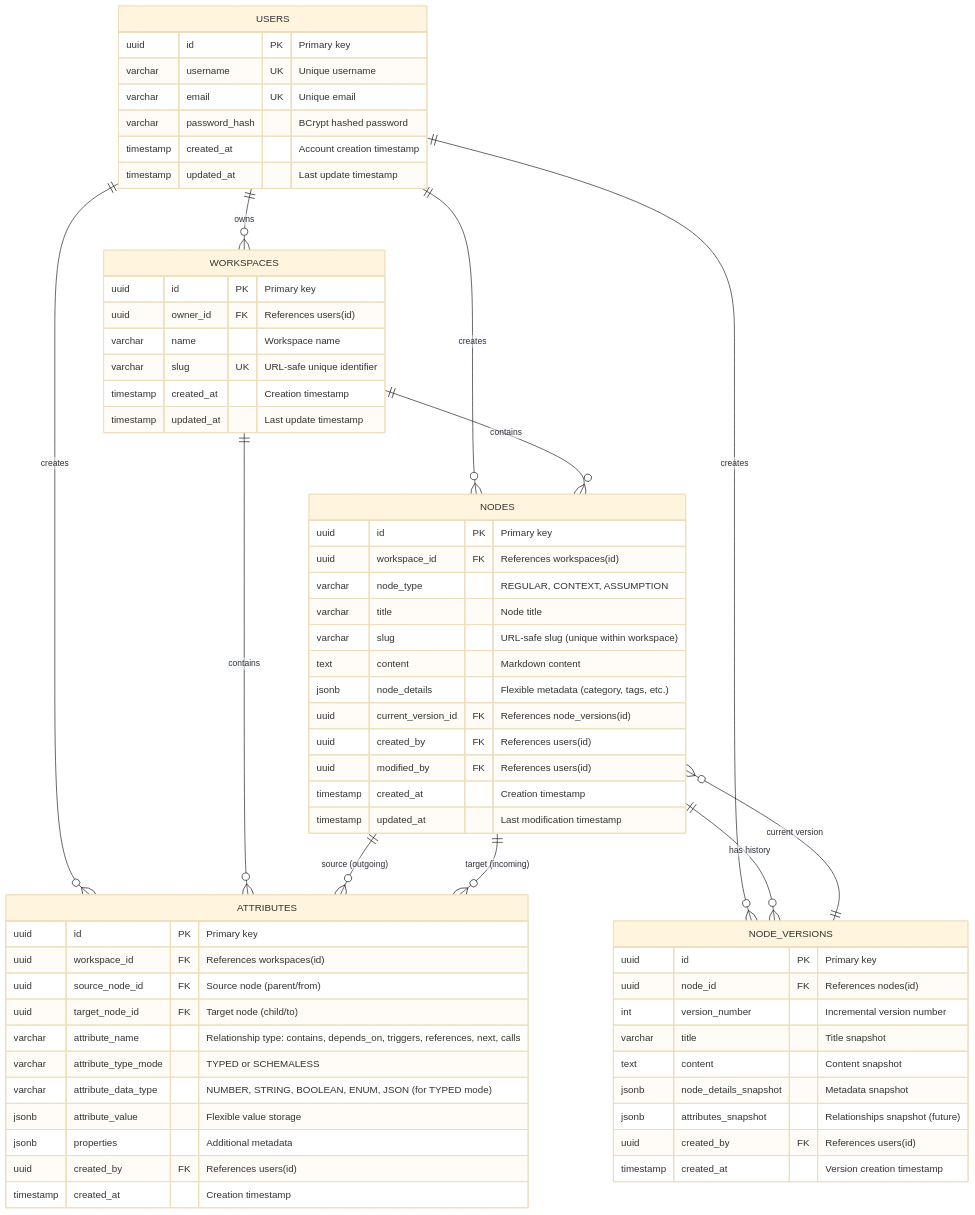
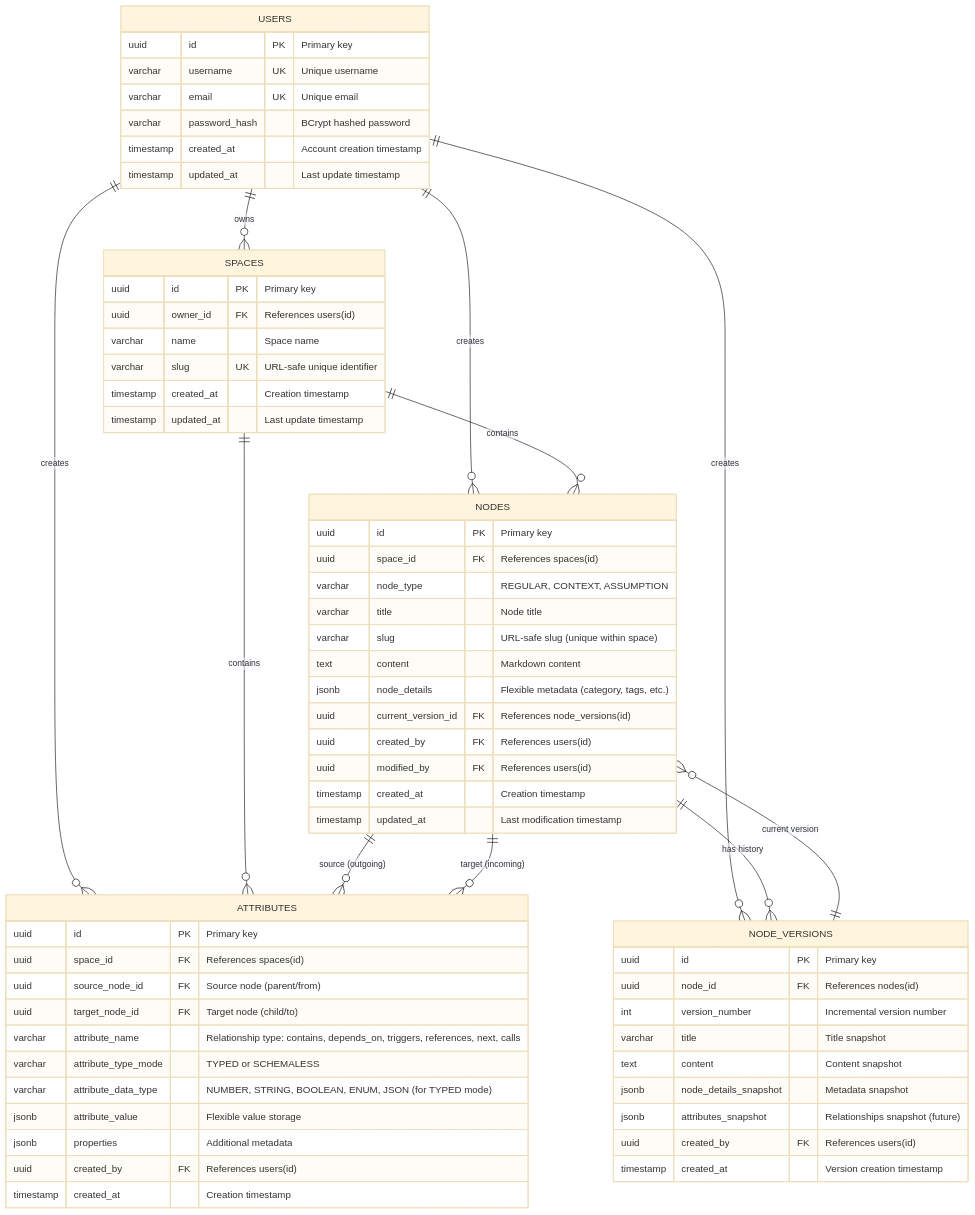
One commit to ProductMasterz/Mujarrad-Frontend changed the diagram in Technical Docs/Database_Schema_v1.mermaid. Above: the diagram before and after it, drawn with Mermaid (base theme). The commit also changed other lines of this file and 10 other files, not shown here.

First line of the commit message:
refactor: complete workspace→space terminology update in all documentation

```diff
--- a/Technical Docs/Database_Schema_v1.mermaid
+++ b/Technical Docs/Database_Schema_v1.mermaid
@@ -3,13 +3,13 @@
     %% Mujarrad Database Schema v1.0.0
     %% Constitutional Principles: Node Supremacy, Relationship-Driven Structure
 
-    USERS ||--o{ WORKSPACES : owns
+    USERS ||--o{ SPACES : owns
     USERS ||--o{ NODES : creates
     USERS ||--o{ ATTRIBUTES : creates
     USERS ||--o{ NODE_VERSIONS : creates
 
-    WORKSPACES ||--o{ NODES : contains
-    WORKSPACES ||--o{ ATTRIBUTES : contains
+    SPACES ||--o{ NODES : contains
+    SPACES ||--o{ ATTRIBUTES : contains
 
     NODES ||--o{ ATTRIBUTES : "source (outgoing)"
     NODES ||--o{ ATTRIBUTES : "target (incoming)"
@@ -25,10 +25,10 @@
         timestamp updated_at "Last update timestamp"
     }
 
-    WORKSPACES {
+    SPACES {
         uuid id PK "Primary key"
         uuid owner_id FK "References users(id)"
-        varchar name "Workspace name"
+        varchar name "Space name"
         varchar slug UK "URL-safe unique identifier"
         timestamp created_at "Creation timestamp"
         timestamp updated_at "Last update timestamp"
@@ -36,10 +36,10 @@
 
     NODES {
         uuid id PK "Primary key"
-        uuid workspace_id FK "References workspaces(id)"
+        uuid space_id FK "References spaces(id)"
         varchar node_type "REGULAR, CONTEXT, ASSUMPTION"
         varchar title "Node title"
-        varchar slug "URL-safe slug (unique within workspace)"
+        varchar slug "URL-safe slug (unique within space)"
         text content "Markdown content"
         jsonb node_details "Flexible metadata (category, tags, etc.)"
         uuid current_version_id FK "References node_versions(id)"
@@ -51,7 +51,7 @@
 
     ATTRIBUTES {
         uuid id PK "Primary key"
-        uuid workspace_id FK "References workspaces(id)"
+        uuid space_id FK "References spaces(id)"
         uuid source_node_id FK "Source node (parent/from)"
         uuid target_node_id FK "Target node (child/to)"
         varchar attribute_name "Relationship type: contains, depends_on, triggers, references, next, calls"
@@ -77,15 +77,15 @@
 
     %% Indexes (Performance)
     %% Users: username, email (unique)
-    %% Workspaces: owner_id, slug (unique)
-    %% Nodes: workspace_id, slug (composite unique), node_type, created_at
-    %% Attributes: workspace_id, source_node_id, target_node_id, attribute_name
+    %% Spaces: owner_id, slug (unique)
+    %% Nodes: space_id, slug (composite unique), node_type, created_at
+    %% Attributes: space_id, source_node_id, target_node_id, attribute_name
     %% NodeVersions: node_id, version_number (composite unique)
 
     %% Constraints
-    %% - ON DELETE CASCADE: workspace deletion cascades to nodes/attributes
+    %% - ON DELETE CASCADE: space deletion cascades to nodes/attributes
     %% - ON DELETE CASCADE: node deletion cascades to attributes/versions
-    %% - UNIQUE(workspace_id, slug): Nodes have unique slugs per workspace
+    %% - UNIQUE(space_id, slug): Nodes have unique slugs per space
     %% - UNIQUE(node_id, version_number): Version numbers unique per node
     %% - CHECK: node_type IN ('REGULAR', 'CONTEXT', 'ASSUMPTION')
     %% - CHECK: attribute_type_mode IN ('TYPED', 'SCHEMALESS')
```
